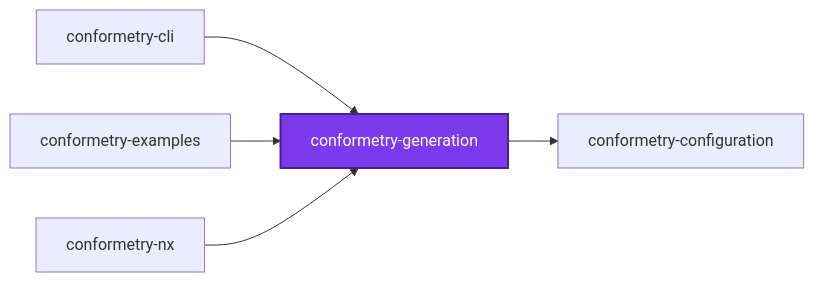
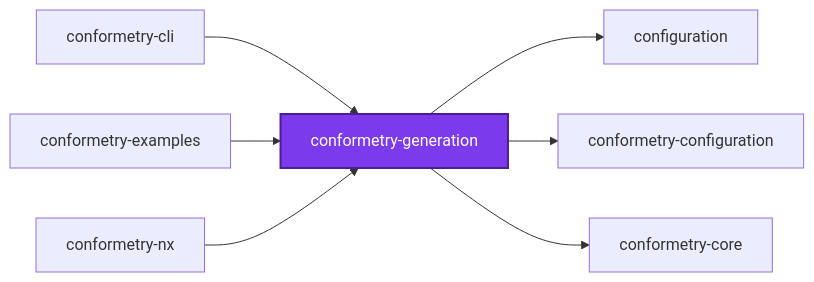
Before and after one commit to organizzolini/codebase: the first of 3 diagrams in projects/ic-suite/conformetry/conformetry-generation/README.md, drawn with Mermaid. The commit also changed 68 other files, not shown here.

````diff
--- a/projects/ic-suite/conformetry/conformetry-generation/README.md
+++ b/projects/ic-suite/conformetry/conformetry-generation/README.md
@@ -280,14 +280,18 @@
 ```mermaid
 graph LR
+  configuration["configuration"]
   conformetry_cli["conformetry-cli"]
   conformetry_configuration["conformetry-configuration"]
+  conformetry_core["conformetry-core"]
   conformetry_examples["conformetry-examples"]
   conformetry_generation["conformetry-generation"]
   conformetry_nx["conformetry-nx"]
   conformetry_cli --> conformetry_generation
   conformetry_examples --> conformetry_generation
+  conformetry_generation --> configuration
   conformetry_generation --> conformetry_configuration
+  conformetry_generation --> conformetry_core
   conformetry_nx --> conformetry_generation
   classDef subject fill:#7c3aed,color:#fff,stroke:#4c1d95,stroke-width:2px
   class conformetry_generation subject
 ```
````
